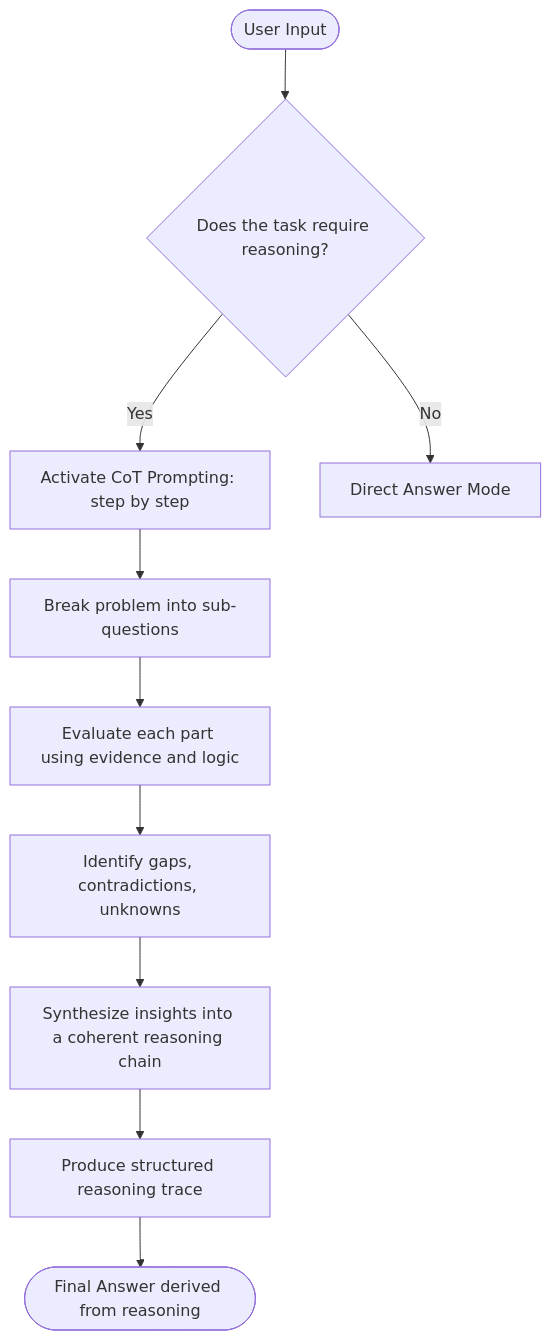
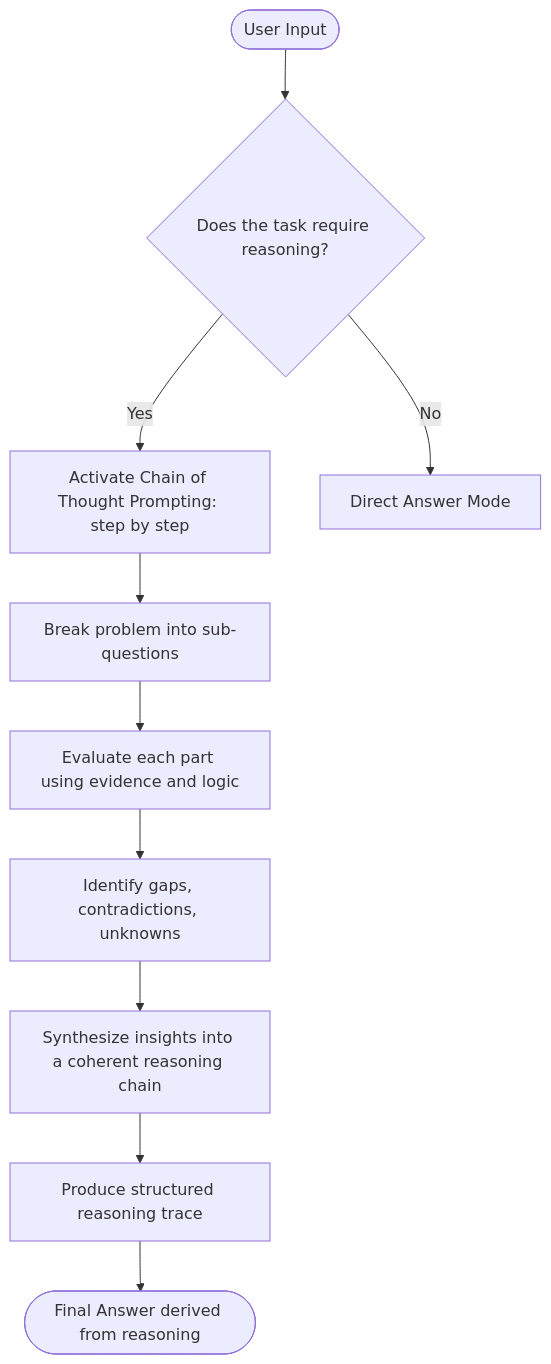
One commit to davidlarrimore/mission-ai-possible changed the second of 3 diagrams in campaign/weeks/09-operation-twin-mind/docs/chain-of-thought-reference.md. Above: the diagram before and after it, drawn with Mermaid. The commit also changed other lines of this file and 4 other files, not shown here.

First line of the commit message:
Standardize 'Chain of Thought' terminology in docs

````diff
--- a/campaign/weeks/09-operation-twin-mind/docs/chain-of-thought-reference.md
+++ b/campaign/weeks/09-operation-twin-mind/docs/chain-of-thought-reference.md
@@ -48,14 +48,14 @@
 ```mermaid
 flowchart TB
     A([User Input]) --> B{Does the task require reasoning?}
-    B -- Yes --> C[Activate CoT Prompting: step by step]
+    B -- Yes --> C[Activate Chain of Thought Prompting: step by step]
     B -- No --> Z[Direct Answer Mode]
 
     C --> D[Break problem into sub-questions]
     D --> E[Evaluate each part using evidence and logic]
     E --> F[Identify gaps, contradictions, unknowns]
     F --> G[Synthesize insights into a coherent reasoning chain]
     G --> H[Produce structured reasoning trace]
 
     H --> I([Final Answer derived from reasoning])
 ```
````
